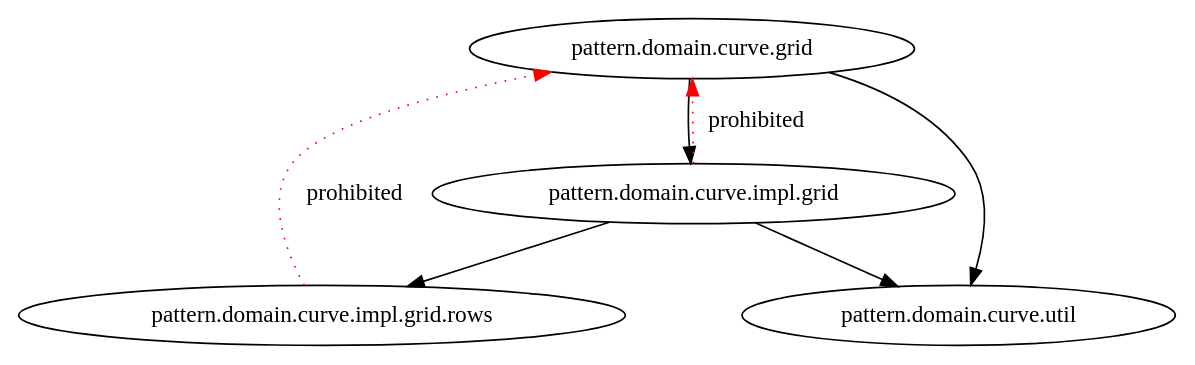
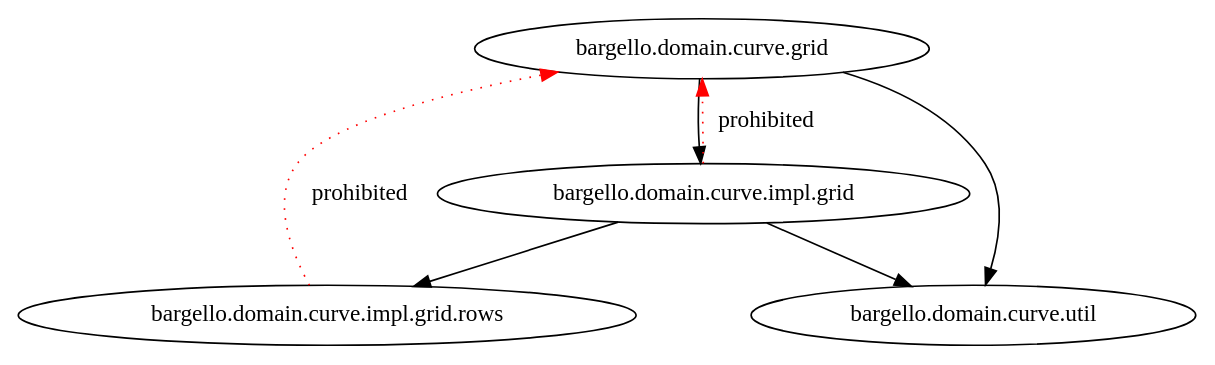
Before and after one commit to nicheware/clj-guidelines: the diagram in docs/graphviz/namespace-impl-removed.dot, drawn with Graphviz. The commit also changed 23 other files, not shown here.

First line of the commit message:
[#160839227] - Initial diagrams and README.md

```diff
--- a/docs/graphviz/namespace-impl-removed.dot
+++ b/docs/graphviz/namespace-impl-removed.dot
@@ -1,19 +1,19 @@
 digraph X {
   rankdir="TB";
 
-  grid [label="pattern.domain.curve.grid"]
-  implgrid [label="pattern.domain.curve.impl.grid"]
-  implrows [label="pattern.domain.curve.impl.grid.rows"]
-  util [label="pattern.domain.curve.util"]
+  grid [label="bargello.domain.curve.grid"]
+  implgrid [label="bargello.domain.curve.impl.grid"]
+  implrows [label="bargello.domain.curve.impl.grid.rows"]
+  util [label="bargello.domain.curve.util"]
 
   subgraph bidir_event_bus_edges {
     edge [esep=10,style=dotted,color=red,label="prohibited"]
     implgrid -> grid
     implrows -> grid
   }
 
   grid -> implgrid
   grid -> util
   implgrid -> util
   implgrid -> implrows
 }
```
